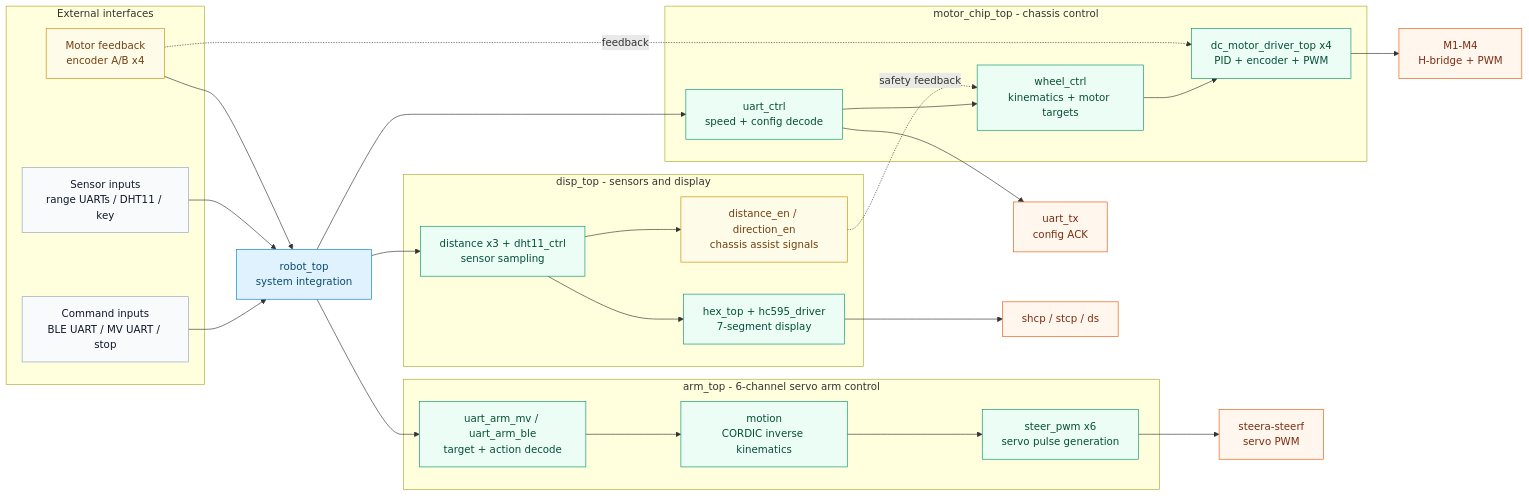
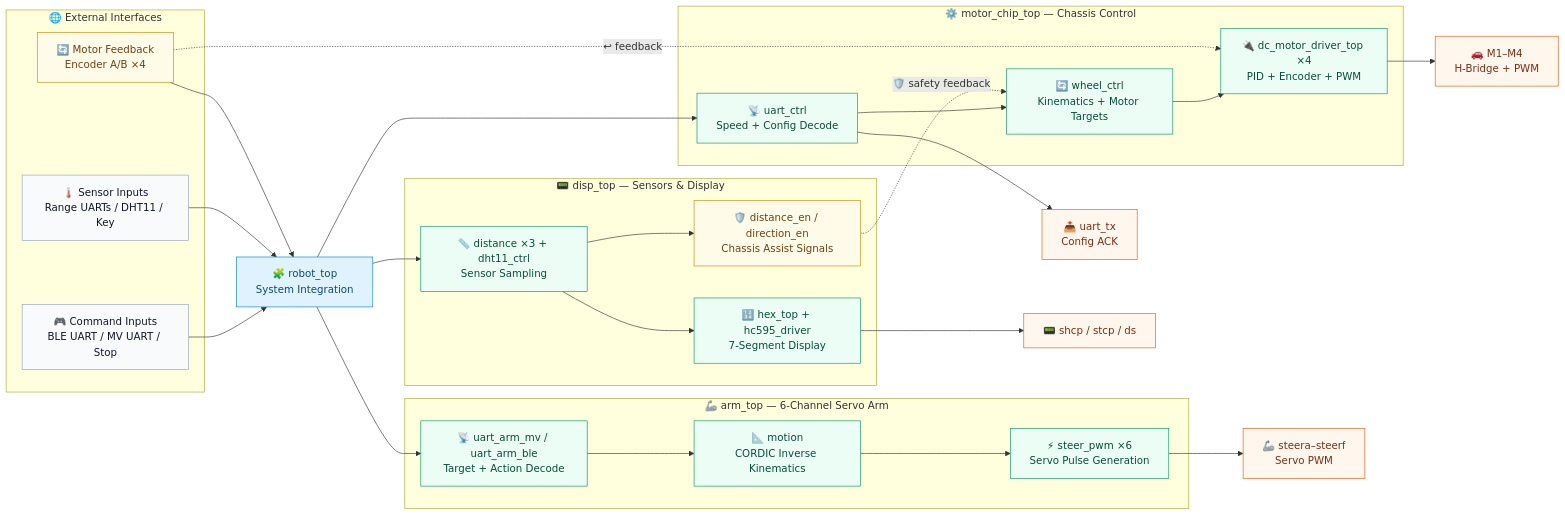
Before and after one commit to yifeistarwang-coder/RoboMotion-FPGA: the diagram in README.md, drawn with Mermaid. The commit also changed other lines of this file and 1 other file, not shown here.

````diff
--- a/README.md
+++ b/README.md
@@ -70,61 +142,61 @@
 ```mermaid
 flowchart LR
   classDef external fill:#f8fafc,stroke:#94a3b8,color:#0f172a;
   classDef top fill:#e0f2fe,stroke:#0284c7,color:#0c4a6e;
   classDef core fill:#ecfdf5,stroke:#059669,color:#064e3b;
   classDef output fill:#fff7ed,stroke:#ea580c,color:#7c2d12;
   classDef feedback fill:#fefce8,stroke:#ca8a04,color:#713f12;
 
-  subgraph IN["External interfaces"]
-    command_in["Command inputs<br/>BLE UART / MV UART / stop"]
-    sensor_in["Sensor inputs<br/>range UARTs / DHT11 / key"]
-    enc["Motor feedback<br/>encoder A/B x4"]
+  subgraph IN["🌐 External Interfaces"]
+    command_in["🎮 Command Inputs<br/>BLE UART / MV UART / Stop"]
+    sensor_in["🌡️ Sensor Inputs<br/>Range UARTs / DHT11 / Key"]
+    enc["🔄 Motor Feedback<br/>Encoder A/B ×4"]
   end
 
-  robot_top["robot_top<br/>system integration"]
+  robot_top["🧩 robot_top<br/>System Integration"]
 
-  subgraph CHASSIS["motor_chip_top - chassis control"]
-    chassis_uart["uart_ctrl<br/>speed + config decode"]
-    wheel_ctrl["wheel_ctrl<br/>kinematics + motor targets"]
-    motor_driver["dc_motor_driver_top x4<br/>PID + encoder + PWM"]
+  subgraph CHASSIS["⚙️ motor_chip_top — Chassis Control"]
+    chassis_uart["📡 uart_ctrl<br/>Speed + Config Decode"]
+    wheel_ctrl["🔄 wheel_ctrl<br/>Kinematics + Motor Targets"]
+    motor_driver["🔌 dc_motor_driver_top ×4<br/>PID + Encoder + PWM"]
   end
 
-  subgraph ARM["arm_top - 6-channel servo arm control"]
-    arm_uart["uart_arm_mv / uart_arm_ble<br/>target + action decode"]
-    arm_motion["motion<br/>CORDIC inverse kinematics"]
-    servo_pwm["steer_pwm x6<br/>servo pulse generation"]
+  subgraph ARM["🦾 arm_top — 6-Channel Servo Arm"]
+    arm_uart["📡 uart_arm_mv / uart_arm_ble<br/>Target + Action Decode"]
+    arm_motion["📐 motion<br/>CORDIC Inverse Kinematics"]
+    servo_pwm["⚡ steer_pwm ×6<br/>Servo Pulse Generation"]
   end
 
-  subgraph DISPLAY["disp_top - sensors and display"]
-    sensing["distance x3 + dht11_ctrl<br/>sensor sampling"]
-    display["hex_top + hc595_driver<br/>7-segment display"]
-    guard["distance_en / direction_en<br/>chassis assist signals"]
+  subgraph DISPLAY["📟 disp_top — Sensors & Display"]
+    sensing["📏 distance ×3 + dht11_ctrl<br/>Sensor Sampling"]
+    display["🔢 hex_top + hc595_driver<br/>7-Segment Display"]
+    guard["🛡️ distance_en / direction_en<br/>Chassis Assist Signals"]
   end
 
   command_in --> robot_top
   sensor_in --> robot_top
   enc --> robot_top
 
   robot_top --> chassis_uart
   chassis_uart --> wheel_ctrl
   wheel_ctrl --> motor_driver
-  motor_driver --> motors["M1-M4<br/>H-bridge + PWM"]
-  enc -. feedback .-> motor_driver
-  chassis_uart --> uart_tx["uart_tx<br/>config ACK"]
+  motor_driver --> motors["🚗 M1–M4<br/>H-Bridge + PWM"]
+  enc -. ↩ feedback .-> motor_driver
+  chassis_uart --> uart_tx["📤 uart_tx<br/>Config ACK"]
 
   robot_top --> arm_uart
   arm_uart --> arm_motion
   arm_motion --> servo_pwm
-  servo_pwm --> servos["steera-steerf<br/>servo PWM"]
+  servo_pwm --> servos["🦾 steera–steerf<br/>Servo PWM"]
 
   robot_top --> sensing
   sensing --> display
-  display --> panel["shcp / stcp / ds"]
-  sensing --> guard -. safety feedback .-> wheel_ctrl
+  display --> panel["📟 shcp / stcp / ds"]
+  sensing --> guard -. 🛡️ safety feedback .-> wheel_ctrl
 
   class command_in,sensor_in external;
   class robot_top top;
   class chassis_uart,wheel_ctrl,motor_driver,arm_uart,arm_motion,servo_pwm,sensing,display,guard core;
   class motors,uart_tx,servos,panel output;
   class enc,guard feedback;
 ```
````
